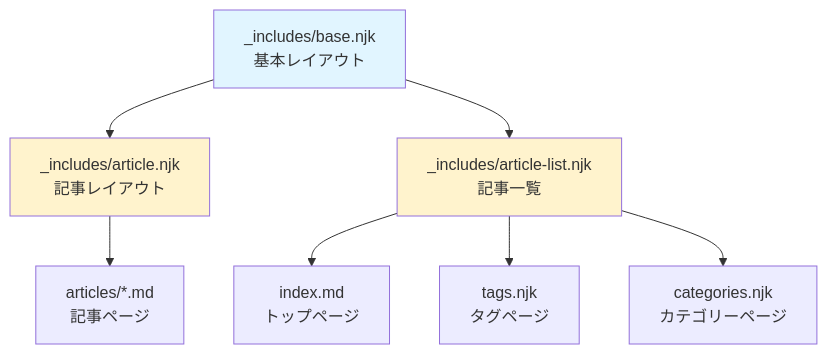
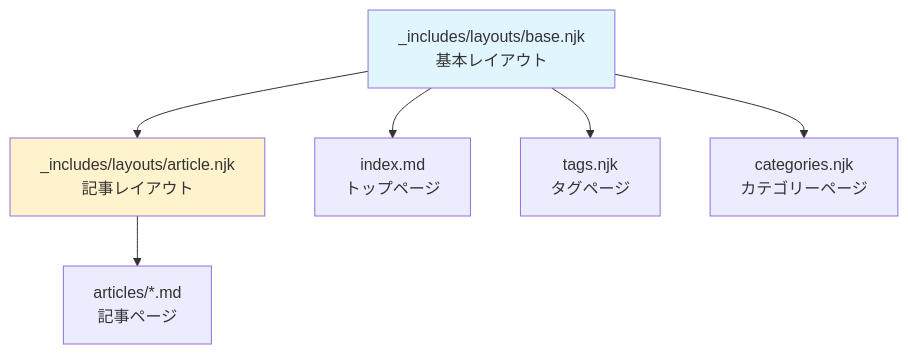
One commit to kosyo1204/my-main-blog changed the third of 4 diagrams in docs/architecture/SYSTEM_ARCHITECTURE.md. Above: the diagram before and after it, drawn with Mermaid. The commit also changed other lines of this file and 1 other file, not shown here.

Commit message:
docs: fix architecture documentation based on review feedback

````diff
--- a/docs/architecture/SYSTEM_ARCHITECTURE.md
+++ b/docs/architecture/SYSTEM_ARCHITECTURE.md
@@ -194,23 +194,20 @@
 ```mermaid
 graph TD
-    BASE[_includes/base.njk<br/>基本レイアウト]
-    ARTICLE[_includes/article.njk<br/>記事レイアウト]
-    LIST[_includes/article-list.njk<br/>記事一覧]
+    BASE[_includes/layouts/base.njk<br/>基本レイアウト]
+    ARTICLE[_includes/layouts/article.njk<br/>記事レイアウト]
 
     INDEX[index.md<br/>トップページ]
     ARTICLE_MD[articles/*.md<br/>記事ページ]
     TAG[tags.njk<br/>タグページ]
     CATEGORY[categories.njk<br/>カテゴリーページ]
 
     BASE --> ARTICLE
-    BASE --> LIST
+    BASE --> INDEX
+    BASE --> TAG
+    BASE --> CATEGORY
 
     ARTICLE --> ARTICLE_MD
-    LIST --> INDEX
-    LIST --> TAG
-    LIST --> CATEGORY
 
     style BASE fill:#e1f5ff
     style ARTICLE fill:#fff3cd
-    style LIST fill:#fff3cd
 ```
````
